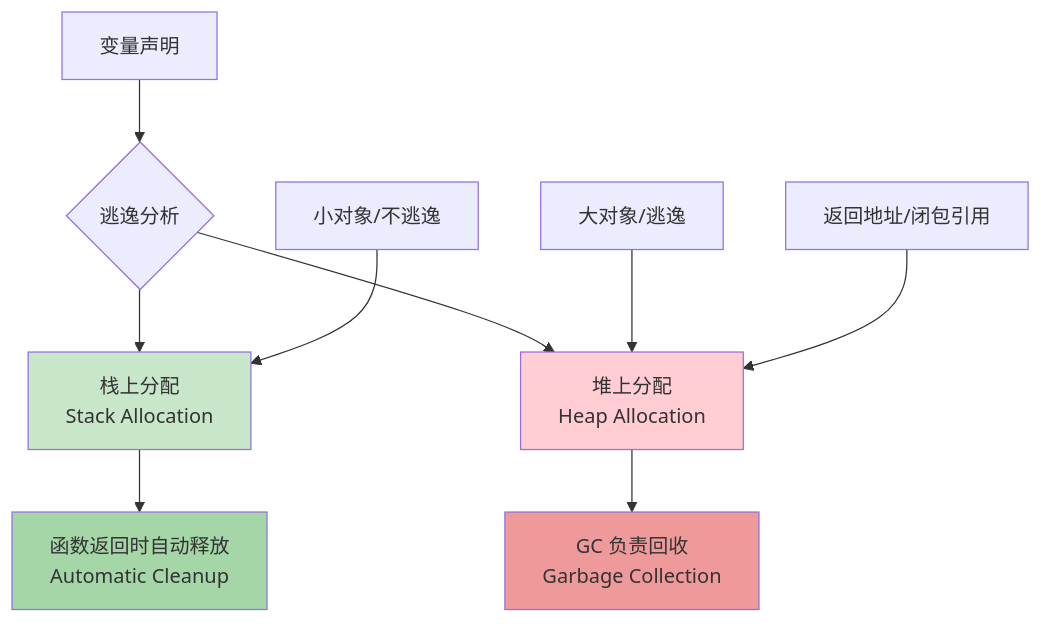
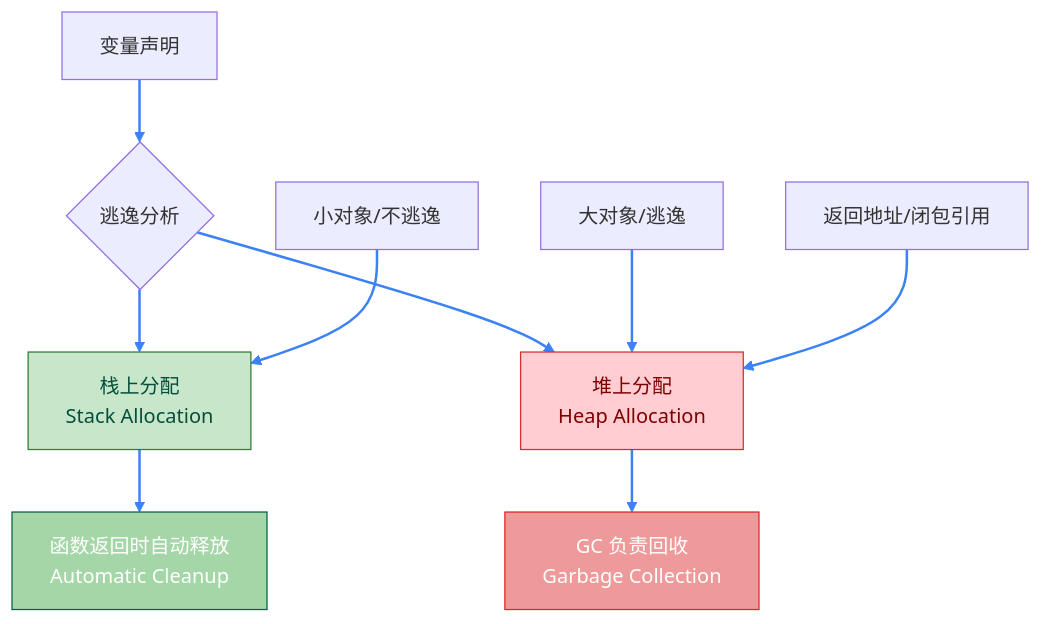
Before and after one commit to lazygophers/knowledge: the second of 2 diagrams in docs/zh/golang/fundamentals/variable-lifecycle.mdx, drawn with Mermaid. The commit also changed other lines of this file and 9 other files, not shown here.

First line of the commit message:
style(golang): Mermaid 图表添加主题适配和连接线样式

````diff
--- a/docs/zh/golang/fundamentals/variable-lifecycle.mdx
+++ b/docs/zh/golang/fundamentals/variable-lifecycle.mdx
@@ -238,18 +232,24 @@
 ```mermaid
 flowchart TD
     A[变量声明] --> B{逃逸分析}
     B --> C[栈上分配<br/>Stack Allocation]
     B --> D[堆上分配<br/>Heap Allocation]
 
     C --> E[函数返回时自动释放<br/>Automatic Cleanup]
     D --> F[GC 负责回收<br/>Garbage Collection]
 
     G[小对象/不逃逸] --> C
     H[大对象/逃逸] --> D
     I[返回地址/闭包引用] --> D
 
-    style C fill:#c8e6c9
-    style D fill:#ffcdd2
-    style E fill:#a5d6a7
-    style F fill:#ef9a9a
+    linkStyle default stroke:#3b82f6,stroke-width:2px
+    classDef stackAlloc fill:#c8e6c9,stroke:#2e7d32,color:#064e3b
+    classDef heapAlloc fill:#ffcdd2,stroke:#d32f2f,color:#7f0000
+    classDef cleanup fill:#a5d6a7,stroke:#065f46,color:#ffffff
+    classDef gcCollect fill:#ef9a9a,stroke:#dc2626,color:#ffffff
+
+    class C stackAlloc
+    class D heapAlloc
+    class E cleanup
+    class F gcCollect
 ```
````
